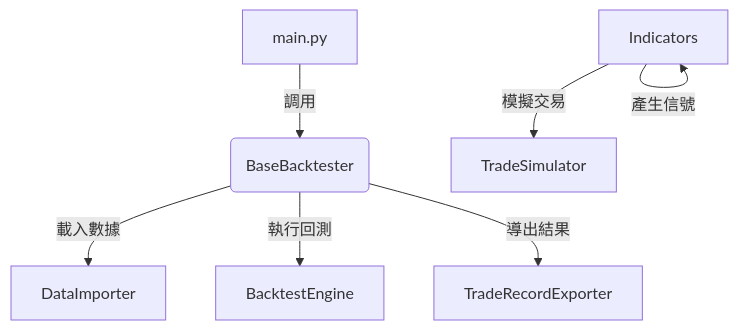
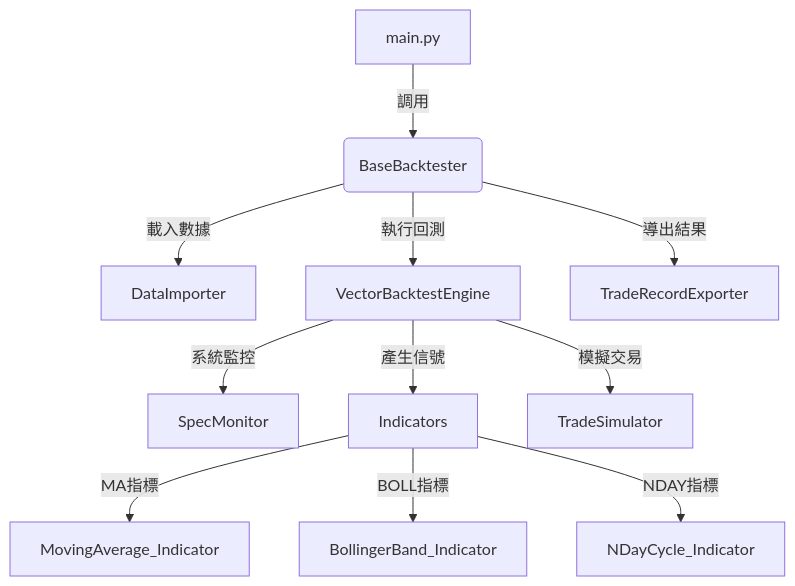
Before and after one commit to lo2cin4/lo2cin4bt: the diagram in backtester/README.md, drawn with Mermaid. The commit also changed other lines of this file and 15 other files, not shown here.

First line of the commit message:
Vectorized Backtest Engine

````diff
--- a/backtester/README.md
+++ b/backtester/README.md
@@ -96,9 +145,13 @@
 ```mermaid
 flowchart TD
     A[main.py] -->|調用| B(BaseBacktester)
     B -->|載入數據| C[DataImporter]
-    B -->|執行回測| D[BacktestEngine]
-    E -->|產生信號| E[Indicators]
-    E -->|模擬交易| F[TradeSimulator]
-    B -->|導出結果| G[TradeRecordExporter]
+    B -->|執行回測| D[VectorBacktestEngine]
+    D -->|系統監控| E[SpecMonitor]
+    D -->|產生信號| F[Indicators]
+    F -->|MA指標| G[MovingAverage_Indicator]
+    F -->|BOLL指標| H[BollingerBand_Indicator]
+    F -->|NDAY指標| I[NDayCycle_Indicator]
+    D -->|模擬交易| J[TradeSimulator]
+    B -->|導出結果| K[TradeRecordExporter]
 ```
````
